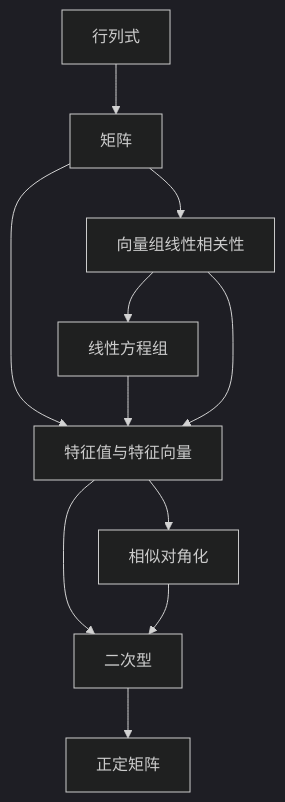
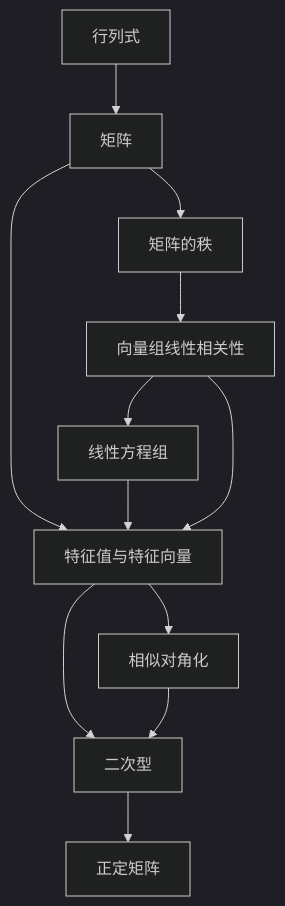
The diagram in src/mathematics/linear-algebra/readme.md (belos-street/kb-vault), drawn with Mermaid (dark theme) before and after one commit. The commit also changed other lines of this file and 6 other files, not shown here.

````diff
--- a/src/mathematics/linear-algebra/readme.md
+++ b/src/mathematics/linear-algebra/readme.md
@@ -21,13 +21,14 @@
 ```mermaid
 graph TB
     A["行列式"] --> B["矩阵"]
-    B --> C["向量组线性相关性"]
+    B --> R["矩阵的秩"]
+    R --> C["向量组线性相关性"]
     C --> D["线性方程组"]
     B --> E["特征值与特征向量"]
     D --> E
     C --> E
     E --> F["二次型"]
     F --> G["正定矩阵"]
     E --> H["相似对角化"]
     H --> F
 ```
````
